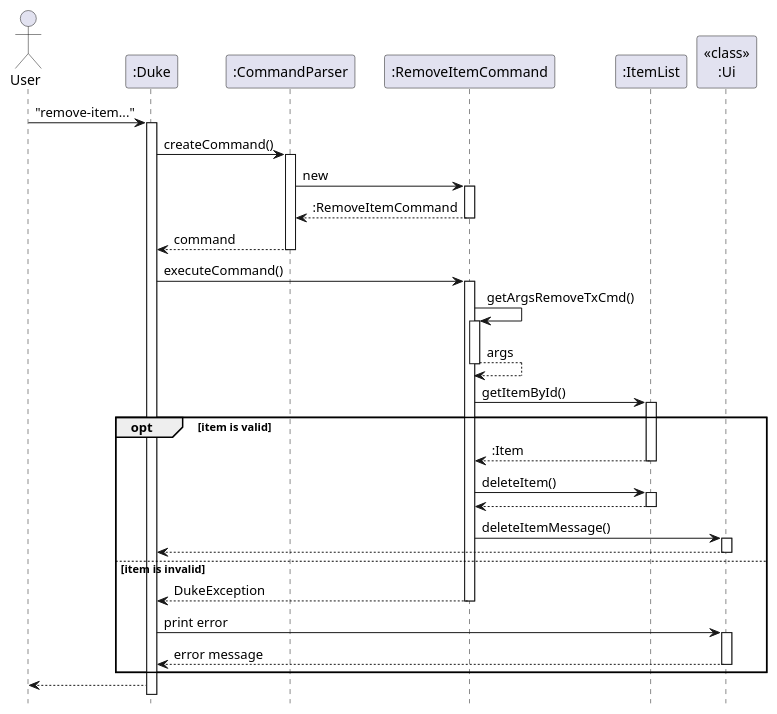
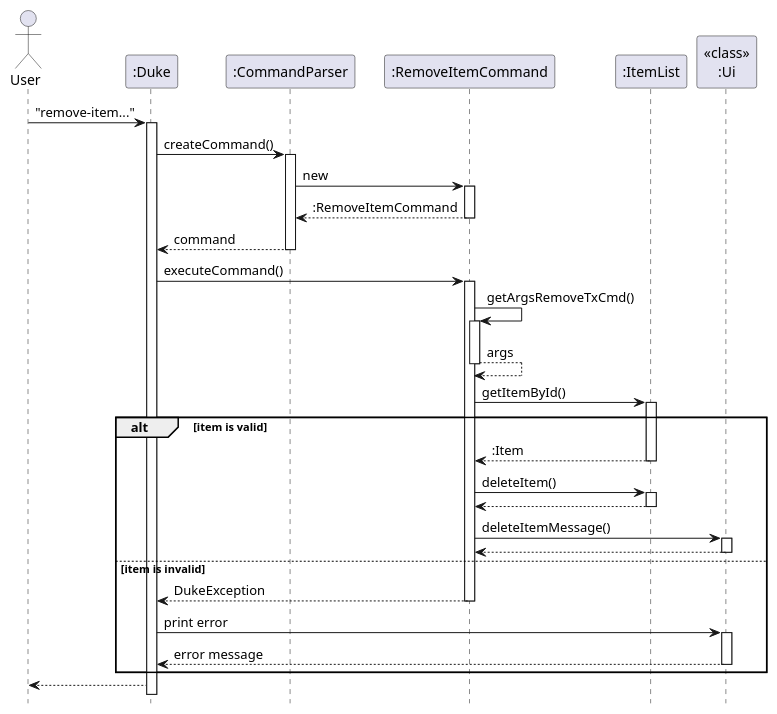
One commit to nus-cs2113-AY2223S1/tp changed the diagram in docs/diagrams/item/RemoveItemSequence.puml. Above: the diagram before and after it, drawn with PlantUML. The commit also changed 13 other files, not shown here.

Commit message:
Update diagrams

```diff
--- a/docs/diagrams/item/RemoveItemSequence.puml
+++ b/docs/diagrams/item/RemoveItemSequence.puml
@@ -1,43 +1,43 @@
 @startuml
 hide footbox
 
 Actor User
 "User" -> ":Duke": "remove-item..."
 activate ":Duke"
 ":Duke" -> ":CommandParser": createCommand()
 activate ":CommandParser"
 ":CommandParser" -> ":RemoveItemCommand": new
 activate ":RemoveItemCommand"
 return :RemoveItemCommand
 ":CommandParser" --> ":Duke": command
 deactivate
 
 ":Duke" -> ":RemoveItemCommand" : executeCommand()
 activate ":RemoveItemCommand"
 ":RemoveItemCommand" -> ":RemoveItemCommand": getArgsRemoveTxCmd()
 activate ":RemoveItemCommand"
 return args
     ":RemoveItemCommand" -> ":ItemList": getItemById()
     activate ":ItemList"
-opt item is valid
+alt item is valid
     ":ItemList" --> ":RemoveItemCommand": :Item
     deactivate ":ItemList"
     ":RemoveItemCommand" -> ":ItemList": deleteItem()
     activate ":ItemList"
     return
     ":RemoveItemCommand" -> "<<class>>\n:Ui": deleteItemMessage()
     activate "<<class>>\n:Ui"
-    "<<class>>\n:Ui" --> ":Duke"
+    return
     deactivate "<<class>>\n:Ui"
     deactivate ":ItemList"
 else item is invalid
     ":RemoveItemCommand" --> ":Duke" : DukeException
     deactivate ":RemoveItemCommand"
     ":Duke" -> "<<class>>\n:Ui" : print error
     activate "<<class>>\n:Ui"
     "<<class>>\n:Ui" --> ":Duke" : error message
     deactivate "<<class>>\n:Ui"
 end
 deactivate ":RemoveItemCommand"
 ":Duke" --> "User"
 @enduml
```
